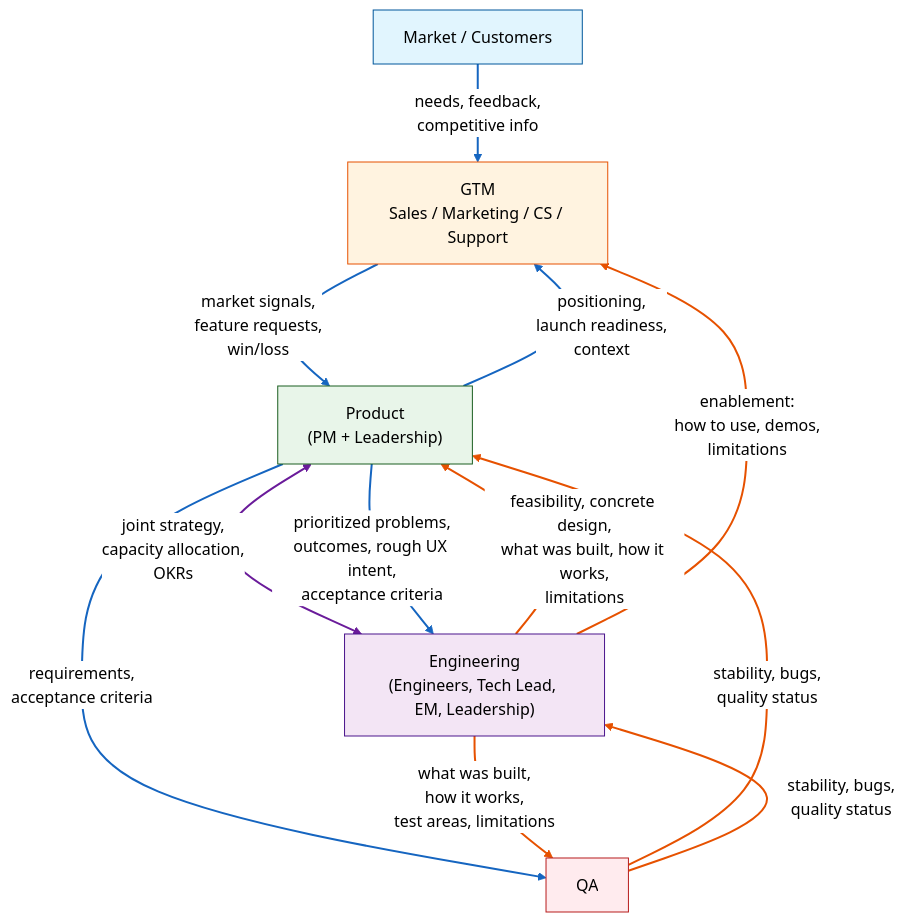
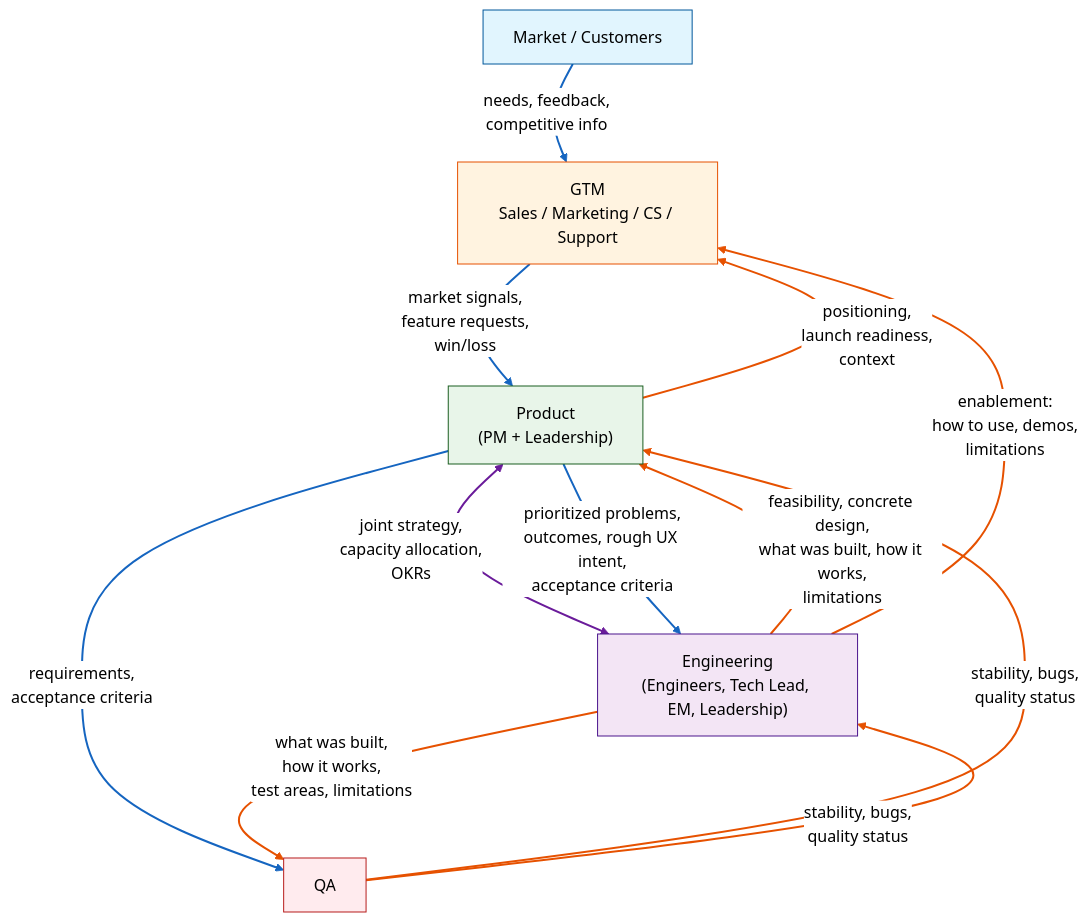
The diagram in docs/organization-info-flow.md (mingwai-tam/lead-manage-admin), drawn with Mermaid (neutral theme) before and after one commit. The commit also changed other lines of this file, not shown here.

Commit message:
Fix arrow colors to better match visual up/down direction in Mermaid layout

````diff
--- a/docs/organization-info-flow.md
+++ b/docs/organization-info-flow.md
@@ -62,56 +62,56 @@
 ```mermaid
 flowchart TD
     Market["Market / Customers"]
     GTM["GTM\nSales / Marketing / CS / Support"]
     Product["Product\n(PM + Leadership)"]
     Engineering["Engineering\n(Engineers, Tech Lead, EM, Leadership)"]
     QA["QA"]
 
     Market -->|"needs, feedback,\ncompetitive info"| GTM
     GTM -->|"market signals,\nfeature requests,\nwin/loss"| Product
 
     Product <-->|"joint strategy,\ncapacity allocation,\nOKRs"| Engineering
 
     Product -->|"prioritized problems,\noutcomes, rough UX intent,\nacceptance criteria"| Engineering
     Product -->|"requirements,\nacceptance criteria"| QA
 
     Engineering -->|"feasibility, concrete design,\nwhat was built, how it works,\nlimitations"| Product
     Engineering -->|"what was built,\nhow it works,\ntest areas, limitations"| QA
     Engineering -->|"enablement:\nhow to use, demos,\nlimitations"| GTM
 
     QA -->|"stability, bugs,\nquality status"| Product
     QA -->|"stability, bugs,\nquality status"| Engineering
 
     Product -->|"positioning,\nlaunch readiness,\ncontext"| GTM
 
-    %% Colors by direction
-    %% 0-1: Market	o GTM	o Product (down)
+    %% Force clearer ranking with invisible edges
+    Market ~~~ GTM
+    GTM ~~~ Product
+    Product ~~~ Engineering
+    Product ~~~ QA
+
+    %% Colors — adjusted so blue tends downward, orange upward in normal render
     linkStyle 0 stroke:#1565c0,stroke-width:2px
     linkStyle 1 stroke:#1565c0,stroke-width:2px
-    %% 2: bidirectional
     linkStyle 2 stroke:#6a1b9a,stroke-width:2px
-    %% 3-4: Product 	o Engineering/QA (down)
     linkStyle 3 stroke:#1565c0,stroke-width:2px
     linkStyle 4 stroke:#1565c0,stroke-width:2px
-    %% 5-7: Engineering feedback (up)
     linkStyle 5 stroke:#e65100,stroke-width:2px
     linkStyle 6 stroke:#e65100,stroke-width:2px
     linkStyle 7 stroke:#e65100,stroke-width:2px
-    %% 8-9: QA feedback (up)
     linkStyle 8 stroke:#e65100,stroke-width:2px
     linkStyle 9 stroke:#e65100,stroke-width:2px
-    %% 10: Product 	o GTM (down / enablement context)
-    linkStyle 10 stroke:#1565c0,stroke-width:2px
+    linkStyle 10 stroke:#e65100,stroke-width:2px
 
     classDef external fill:#e1f5fe,stroke:#01579b
     classDef gtm fill:#fff3e0,stroke:#e65100
     classDef product fill:#e8f5e9,stroke:#1b5e20
     classDef eng fill:#f3e5f5,stroke:#4a148c
     classDef qa fill:#ffebee,stroke:#b71c1c
 
     class Market external
     class GTM gtm
     class Product product
     class Engineering eng
     class QA qa
 ```
````
